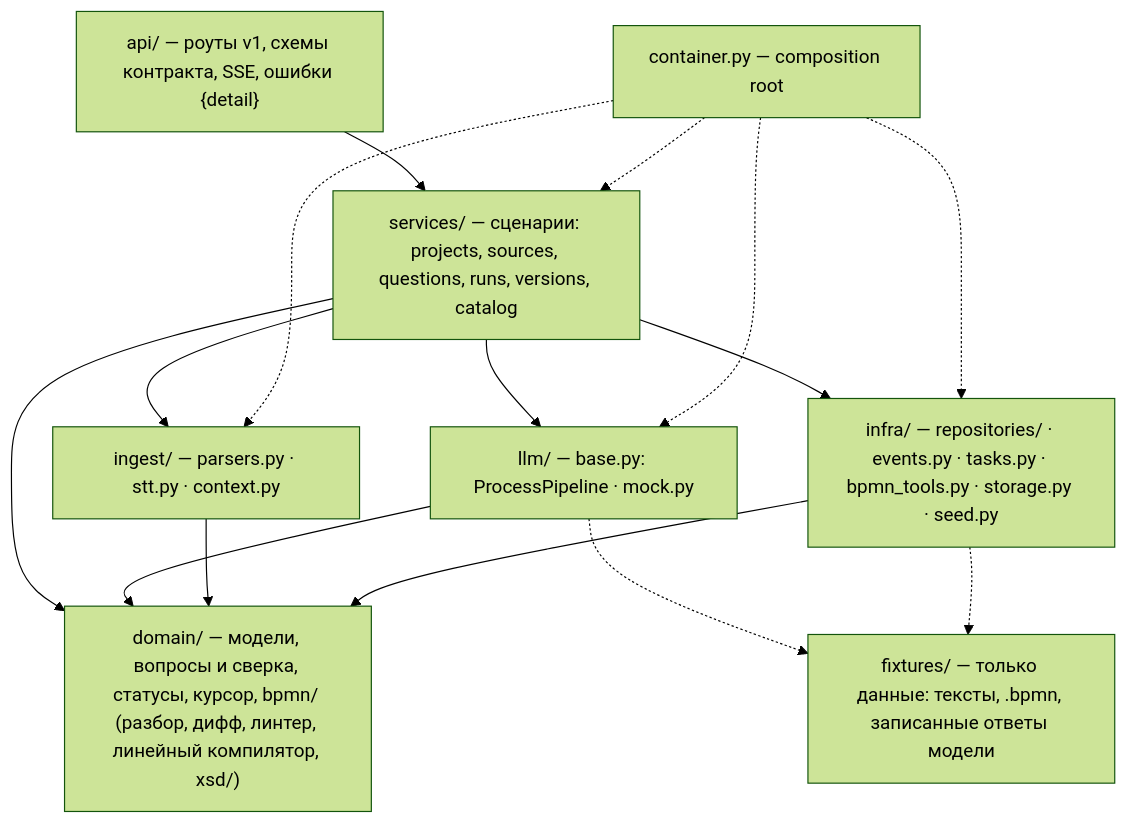
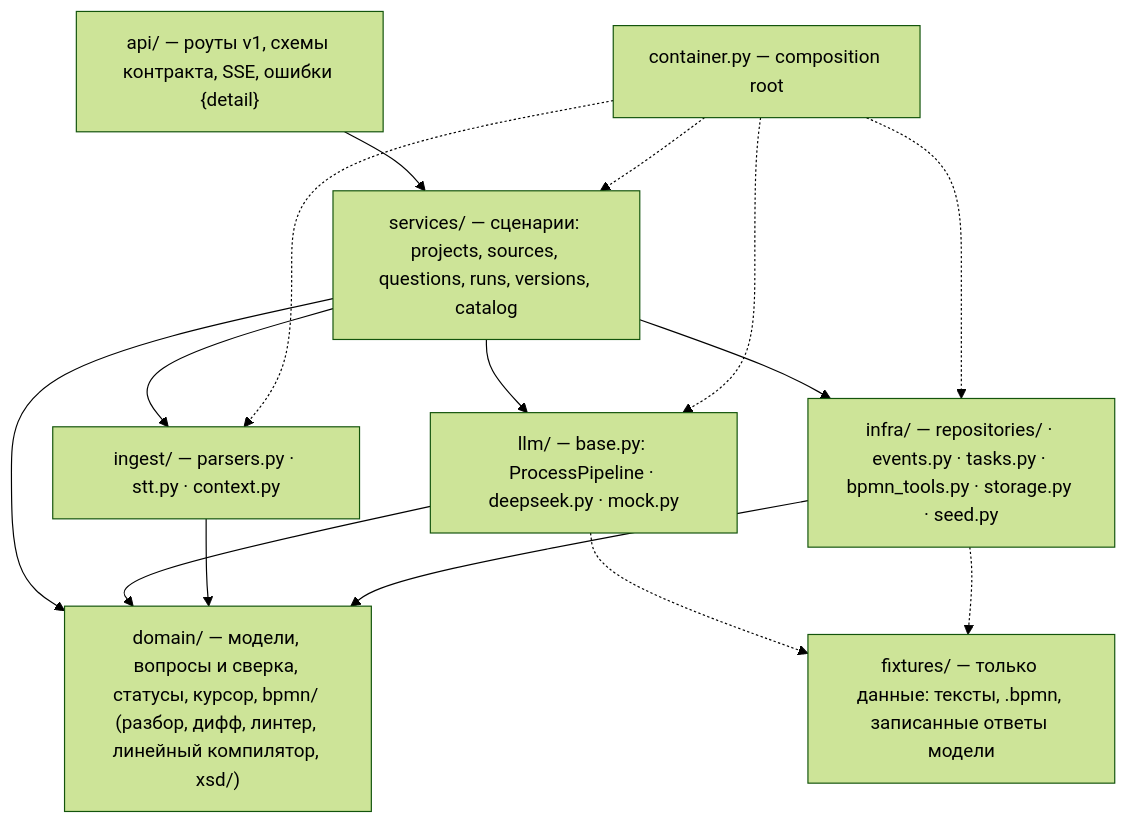
One commit to MattoYuzuru/BPMN.Space changed the diagram in docs/backend/mock.md. Above: the diagram before and after it, drawn with Mermaid (forest theme). The commit also changed other lines of this file and 7 other files, not shown here.

````diff
--- a/docs/backend/mock.md
+++ b/docs/backend/mock.md
@@ -12,13 +16,13 @@
 ```mermaid
 flowchart TB
     api["api/ — роуты v1, схемы контракта, SSE, ошибки {detail}"] --> services
     services["services/ — сценарии: projects, sources, questions, runs, versions, catalog"] --> llm & ingest & infra & domain
-    llm["llm/ — base.py: ProcessPipeline · mock.py"] --> domain
+    llm["llm/ — base.py: ProcessPipeline · deepseek.py · mock.py"] --> domain
     ingest["ingest/ — parsers.py · stt.py · context.py"] --> domain
     infra["infra/ — repositories/ · events.py · tasks.py · bpmn_tools.py · storage.py · seed.py"] --> domain
     domain["domain/ — модели, вопросы и сверка, статусы, курсор, bpmn/ (разбор, дифф, линтер, линейный компилятор, xsd/)"]
     fixtures["fixtures/ — только данные: тексты, .bpmn, записанные ответы модели"]
     container["container.py — composition root"] -.-> services & infra & llm & ingest
     llm -.-> fixtures
     infra -.-> fixtures
 ```
````
